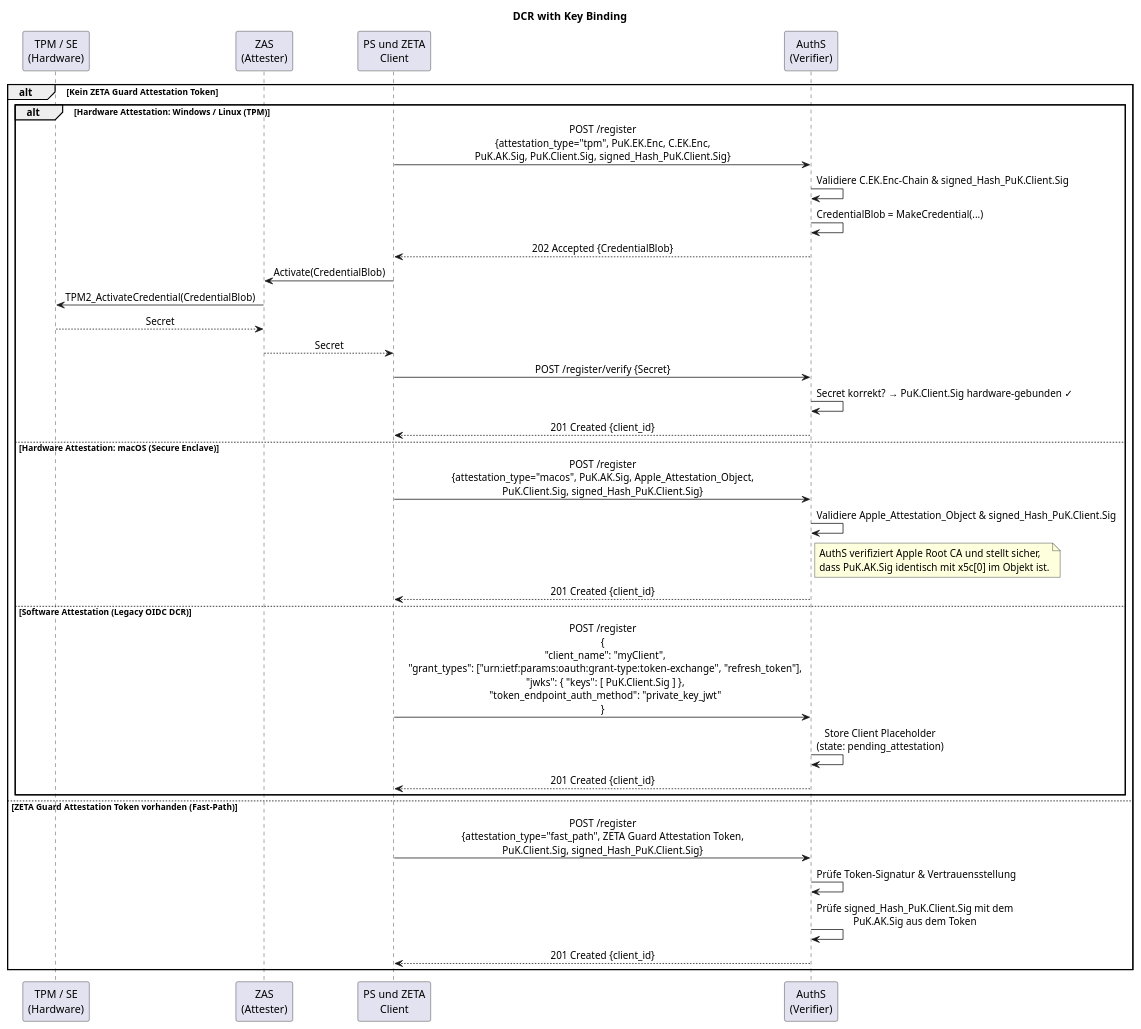
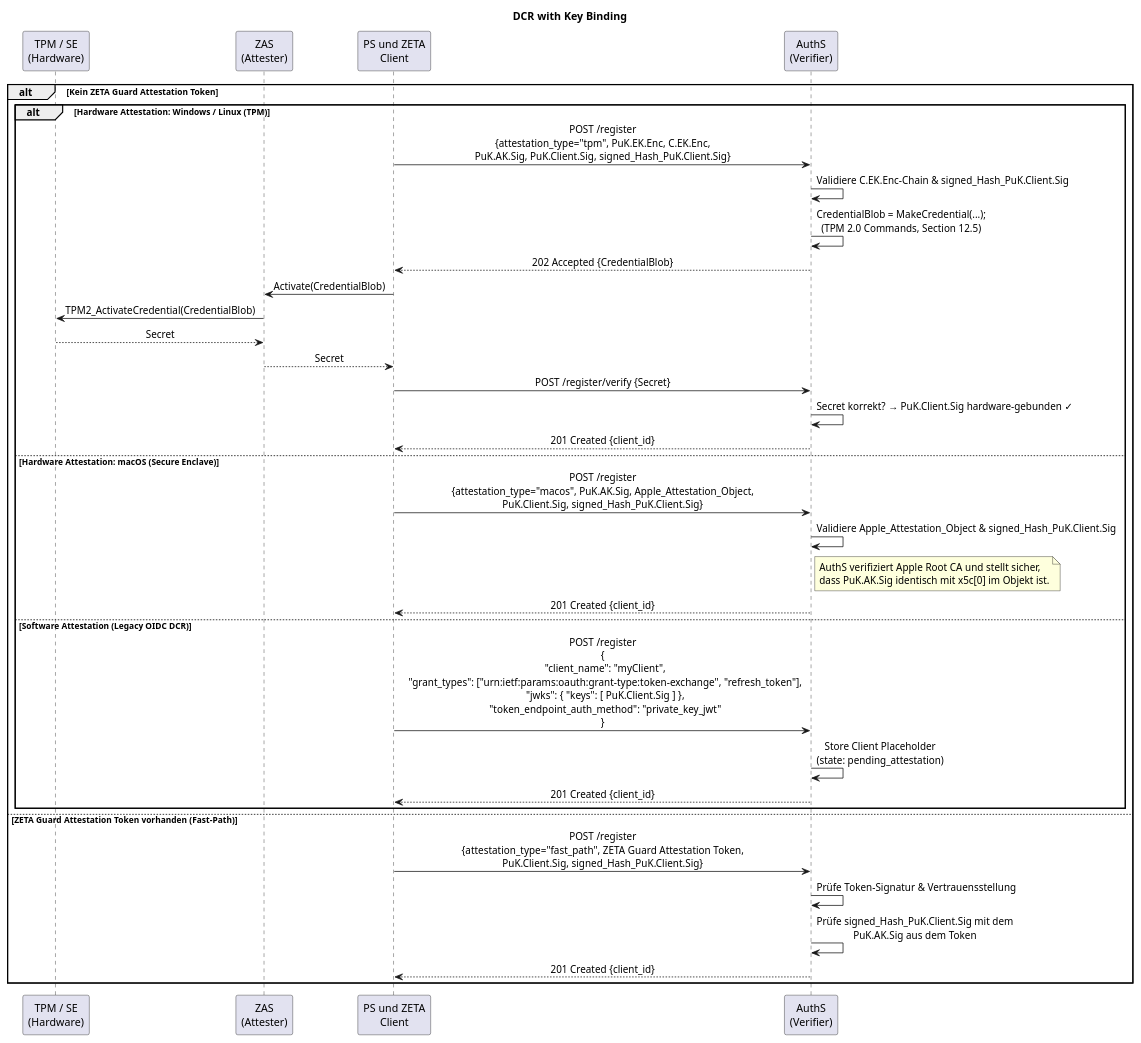
The diagram in src/plantuml/tmp/attestation-flows/dcr-with-key-binding.puml (gematik/zeta), drawn with PlantUML before and after one commit. The commit also changed 3 other files, not shown here.

Commit message:
refactor: update attestation flow PlantUML diagrams to clarify token exchange and hardware TPM processes

```diff
--- a/src/plantuml/tmp/attestation-flows/dcr-with-key-binding.puml
+++ b/src/plantuml/tmp/attestation-flows/dcr-with-key-binding.puml
@@ -1,45 +1,45 @@
 @startuml "dcr-with-key-binding"
 skinparam sequenceMessageAlign center
 title DCR with Key Binding
 
 participant "TPM / SE\n(Hardware)" as TPM
 participant "ZAS\n(Attester)" as ZAS
 participant "PS und ZETA\nClient" as Client
 participant "AuthS\n(Verifier)" as AuthS
 
 alt Kein ZETA Guard Attestation Token
     alt Hardware Attestation: Windows / Linux (TPM)
         Client -> AuthS: POST /register\n{attestation_type="tpm", PuK.EK.Enc, C.EK.Enc,\nPuK.AK.Sig, PuK.Client.Sig, signed_Hash_PuK.Client.Sig}
         AuthS -> AuthS: Validiere C.EK.Enc-Chain & signed_Hash_PuK.Client.Sig
-        AuthS -> AuthS: CredentialBlob = MakeCredential(...)
+        AuthS -> AuthS: CredentialBlob = MakeCredential(...);\n(TPM 2.0 Commands, Section 12.5)
         AuthS --> Client: 202 Accepted {CredentialBlob}
 
         Client -> ZAS: Activate(CredentialBlob)
         ZAS -> TPM: TPM2_ActivateCredential(CredentialBlob)
         TPM --> ZAS: Secret
         ZAS --> Client: Secret
 
         Client -> AuthS: POST /register/verify {Secret}
         AuthS -> AuthS: Secret korrekt? → PuK.Client.Sig hardware-gebunden ✓
         AuthS --> Client: 201 Created {client_id}
 
     else Hardware Attestation: macOS (Secure Enclave)
         Client -> AuthS: POST /register\n{attestation_type="macos", PuK.AK.Sig, Apple_Attestation_Object,\nPuK.Client.Sig, signed_Hash_PuK.Client.Sig}
         AuthS -> AuthS: Validiere Apple_Attestation_Object & signed_Hash_PuK.Client.Sig
         note right of AuthS: AuthS verifiziert Apple Root CA und stellt sicher,\ndass PuK.AK.Sig identisch mit x5c[0] im Objekt ist.
         AuthS --> Client: 201 Created {client_id}
 
     else Software Attestation (Legacy OIDC DCR)
         Client -> AuthS: POST /register\n{\n  "client_name": "myClient",\n  "grant_types": ["urn:ietf:params:oauth:grant-type:token-exchange", "refresh_token"],\n  "jwks": { "keys": [ PuK.Client.Sig ] },\n  "token_endpoint_auth_method": "private_key_jwt"\n}
         AuthS -> AuthS: Store Client Placeholder\n(state: pending_attestation)
         AuthS --> Client: 201 Created {client_id}
     end
 
 else ZETA Guard Attestation Token vorhanden (Fast-Path)
     Client -> AuthS: POST /register\n{attestation_type="fast_path", ZETA Guard Attestation Token,\nPuK.Client.Sig, signed_Hash_PuK.Client.Sig}
     AuthS -> AuthS: Prüfe Token-Signatur & Vertrauensstellung
     AuthS -> AuthS: Prüfe signed_Hash_PuK.Client.Sig mit dem\nPuK.AK.Sig aus dem Token
     AuthS --> Client: 201 Created {client_id}
 end
 
 @enduml
```
